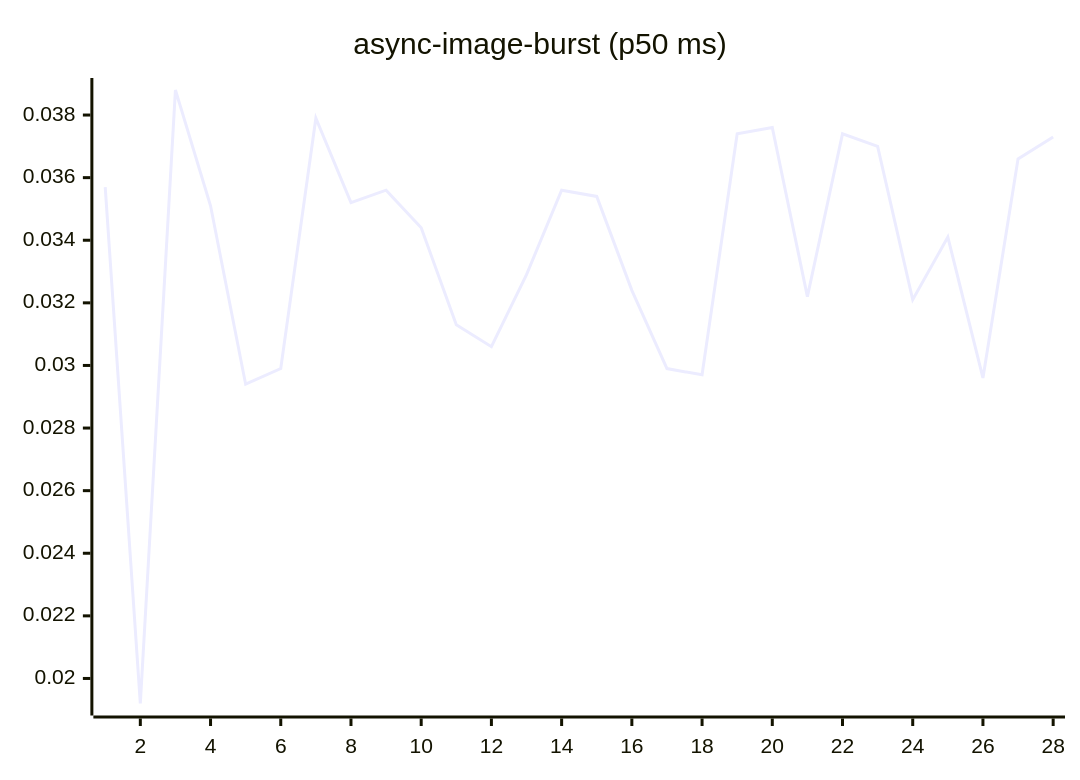
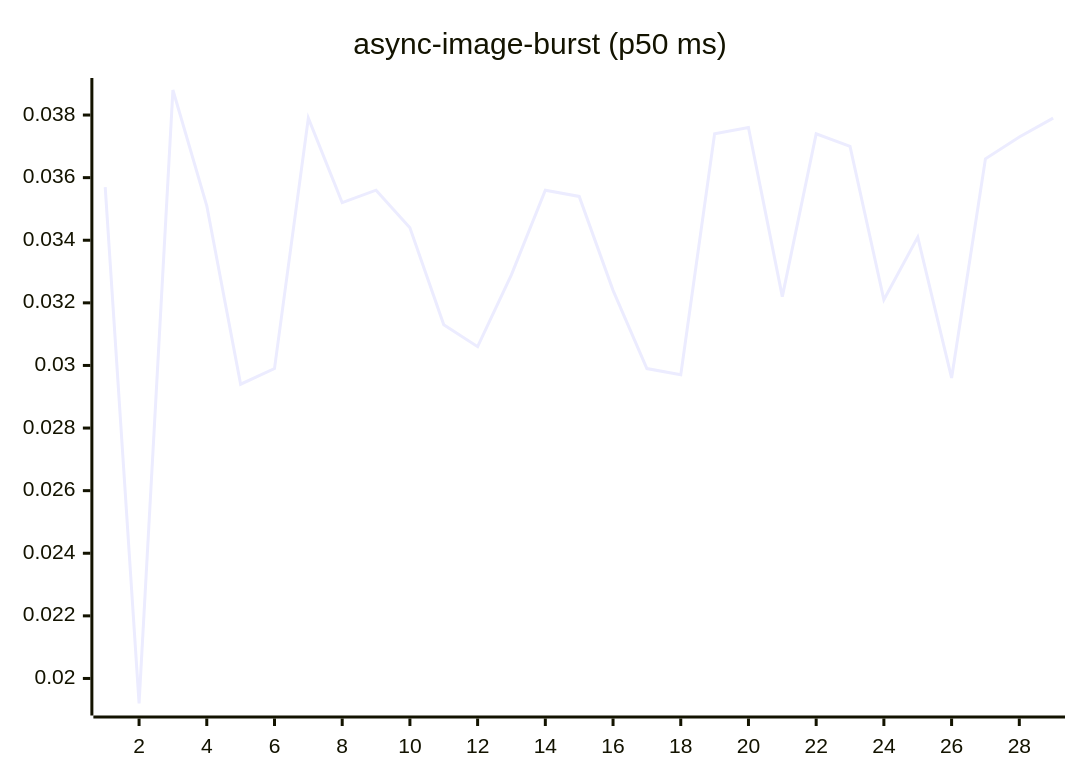
The fourth of 27 diagrams in README.md (josha/Facet), drawn with Mermaid before and after one commit. The commit also changed other lines of this file and 2 other files, not shown here.

````diff
--- a/README.md
+++ b/README.md
@@ -84,6 +84,6 @@
 ```mermaid
 xychart-beta
     title "async-image-burst (p50 ms)"
-    x-axis 1 --> 28
-    line [0.0357, 0.0192, 0.0388, 0.0351, 0.0294, 0.0299, 0.0379, 0.0352, 0.0356, 0.0344, 0.0313, 0.0306, 0.0329, 0.0356, 0.0354, 0.0324, 0.0299, 0.0297, 0.0374, 0.0376, 0.0322, 0.0374, 0.0370, 0.0321, 0.0341, 0.0296, 0.0366, 0.0373]
+    x-axis 1 --> 29
+    line [0.0357, 0.0192, 0.0388, 0.0351, 0.0294, 0.0299, 0.0379, 0.0352, 0.0356, 0.0344, 0.0313, 0.0306, 0.0329, 0.0356, 0.0354, 0.0324, 0.0299, 0.0297, 0.0374, 0.0376, 0.0322, 0.0374, 0.0370, 0.0321, 0.0341, 0.0296, 0.0366, 0.0373, 0.0379]
 ```
````
